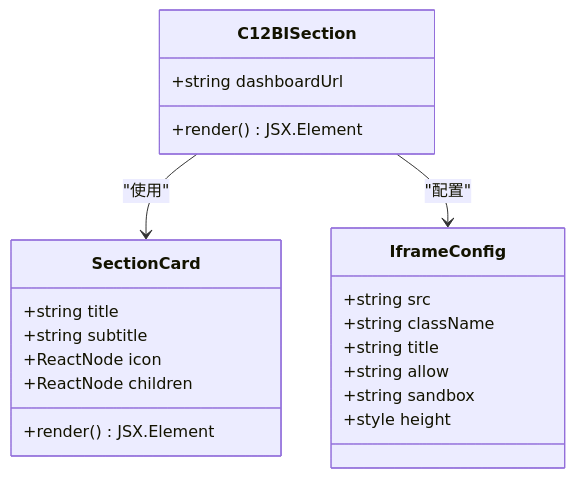
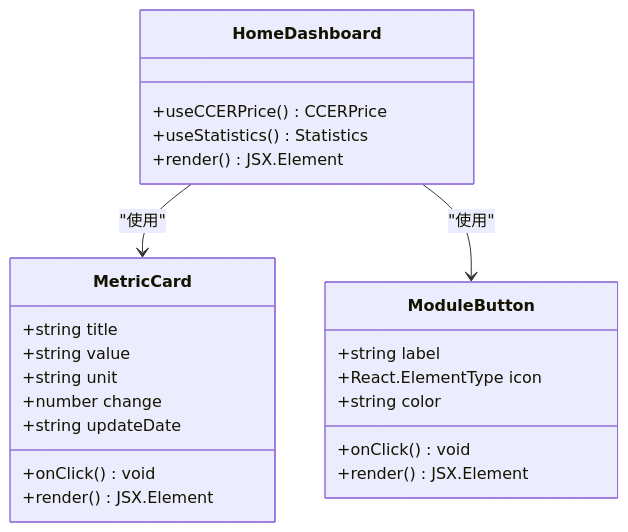
Before and after one commit to liangxuanliang-cmd/carbon-info-agent: the fifth of 12 diagrams in .qoder/repowiki/zh/content/功能模块/数据仪表板模块.md, drawn with Mermaid. The commit also changed other lines of this file and 21 other files, not shown here.

````diff
--- a/.qoder/repowiki/zh/content/功能模块/数据仪表板模块.md
+++ b/.qoder/repowiki/zh/content/功能模块/数据仪表板模块.md
@@ -184,24 +199,26 @@
 ```mermaid
 classDiagram
-class C12BISection {
-+string dashboardUrl
+class HomeDashboard {
++useCCERPrice() CCERPrice
++useStatistics() Statistics
 +render() JSX.Element
 }
-class SectionCard {
+class MetricCard {
 +string title
-+string subtitle
-+ReactNode icon
-+ReactNode children
++string value
++string unit
++number change
++string updateDate
++onClick() void
 +render() JSX.Element
 }
-class IframeConfig {
-+string src
-+string className
-+string title
-+string allow
-+string sandbox
-+style height
+class ModuleButton {
++string label
++React.ElementType icon
++onClick() void
++string color
++render() JSX.Element
 }
-C12BISection --> SectionCard : "使用"
-C12BISection --> IframeConfig : "配置"
+HomeDashboard --> MetricCard : "使用"
+HomeDashboard --> ModuleButton : "使用"
 ```
````
